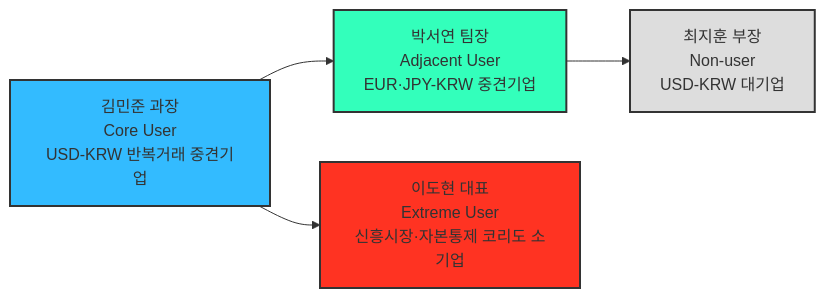
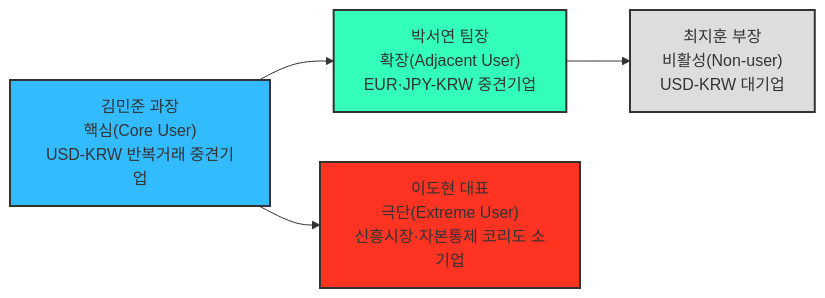
Before and after one commit to jennie-brain/business-analysis-frameworks: the diagram in 05_페르소나_고객여정지도/01_페르소나스펙트럼_분석보고서.md, drawn with Mermaid.

Commit message:
페르소나 스펙트럼 맵에 유형(핵심/확장/극단/비활성) 한글 라벨 추가
각 노드에서 인물명만으로는 어떤 스펙트럼 유형인지 바로 드러나지
않아, 본문에서 쓰는 한글 유형명을 영문 라벨과 함께 표기한다.

````diff
--- a/05_페르소나_고객여정지도/01_페르소나스펙트럼_분석보고서.md
+++ b/05_페르소나_고객여정지도/01_페르소나스펙트럼_분석보고서.md
@@ -99,10 +99,10 @@
 ```mermaid
 graph LR
-Core["김민준 과장<br>Core User<br>USD-KRW 반복거래 중견기업"] --> Adjacent["박서연 팀장<br>Adjacent User<br>EUR·JPY-KRW 중견기업"]
-Core --> Extreme["이도현 대표<br>Extreme User<br>신흥시장·자본통제 코리도 소기업"]
-Adjacent --> NonUser["최지훈 부장<br>Non-user<br>USD-KRW 대기업"]
+Core["김민준 과장<br>핵심(Core User)<br>USD-KRW 반복거래 중견기업"] --> Adjacent["박서연 팀장<br>확장(Adjacent User)<br>EUR·JPY-KRW 중견기업"]
+Core --> Extreme["이도현 대표<br>극단(Extreme User)<br>신흥시장·자본통제 코리도 소기업"]
+Adjacent --> NonUser["최지훈 부장<br>비활성(Non-user)<br>USD-KRW 대기업"]
 style Core fill:#33BBFF,stroke:#333,stroke-width:2px
 style Adjacent fill:#33FFBB,stroke:#333,stroke-width:2px
 style Extreme fill:#FF3322,stroke:#333,stroke-width:2px
 style NonUser fill:#DDDDDD,stroke:#333,stroke-width:2px
 ```
````
